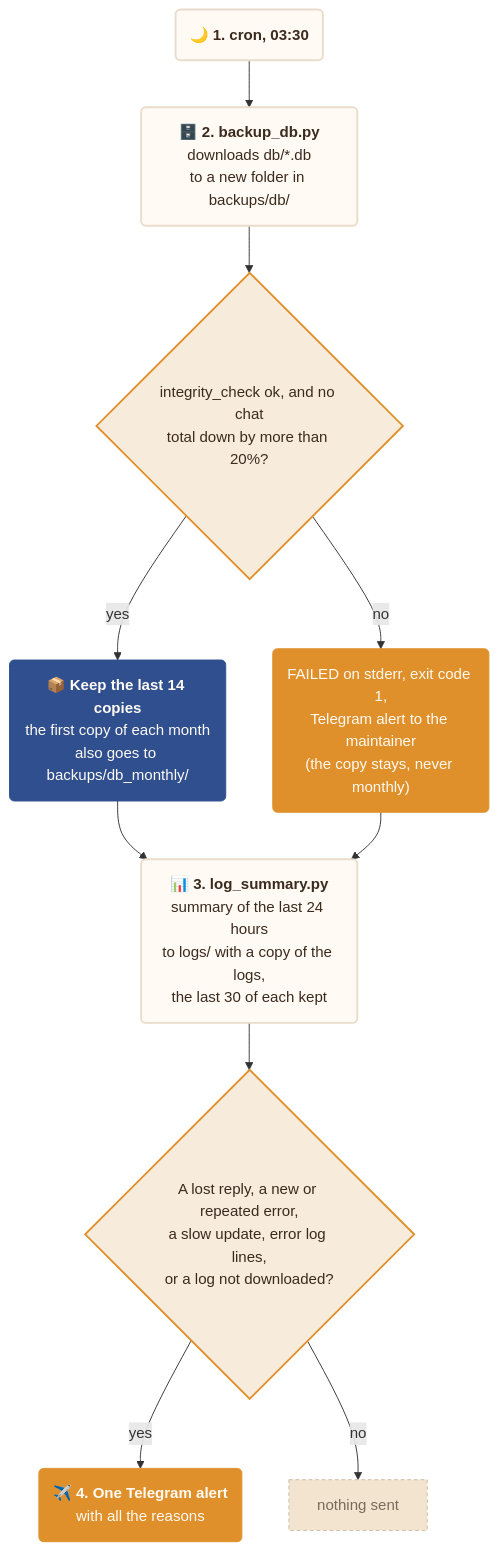
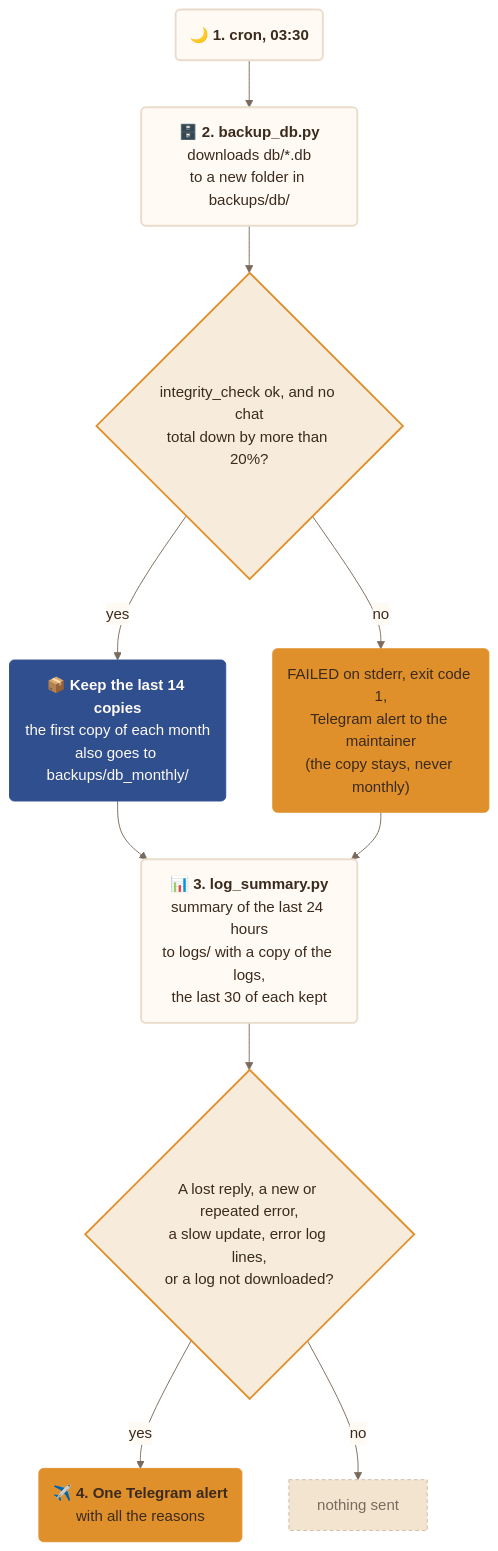
Before and after one commit to francescoperrino/Caccometro: the second of 2 diagrams in docs/operations.md, drawn with Mermaid. The commit also changed other lines of this file and 14 other files, not shown here.

Commit message:
Give every Mermaid diagram one style from tools/mermaid_style.py, with a title and a description (#204)

````diff
--- a/docs/operations.md
+++ b/docs/operations.md
@@ -55,30 +86,61 @@
 ```mermaid
+---
+config:
+  theme: base
+  themeVariables:
+    fontFamily: "Nunito, Segoe UI, Roboto, sans-serif"
+    primaryColor: "#fffaf3"
+    primaryTextColor: "#3b2a1e"
+    primaryBorderColor: "#eadccb"
+    secondaryColor: "#f7ecdc"
+    tertiaryColor: "#f3e4d0"
+    lineColor: "#7a6a5c"
+    textColor: "#3b2a1e"
+    edgeLabelBackground: "#fffaf3"
+    clusterBkg: "#f3e4d0"
+    clusterBorder: "#cbbca9"
+    titleColor: "#5c4f42"
+    noteBkgColor: "#f7ecdc"
+    noteTextColor: "#3b2a1e"
+    actorBkg: "#fffaf3"
+    actorBorder: "#5c4f42"
+    actorTextColor: "#3b2a1e"
+    signalColor: "#7a6a5c"
+    signalTextColor: "#3b2a1e"
+    labelBoxBkgColor: "#f3e4d0"
+    loopTextColor: "#3b2a1e"
+    sequenceNumberColor: "#fffaf3"
+    xyChart:
+      plotColorPalette: "#2f4f8f"
+---
 flowchart TD
+    accTitle: Nightly backup and log summary
+    accDescr: At 03,30 the databases are downloaded and checked, old copies are dropped, the logs are summarised and problems are sent on Telegram
     cron("🌙 <b>1. cron, 03:30</b>")
     download("🗄️ <b>2. backup_db.py</b><br/>downloads db/*.db<br/>to a new folder in backups/db/")
     healthy{"integrity_check ok, and no chat<br/>total down by more than 20%?"}
     keep("📦 <b>Keep the last 14 copies</b><br/>the first copy of each month<br/>also goes to backups/db_monthly/")
     failed("FAILED on stderr, exit code 1,<br/>Telegram alert to the maintainer<br/>(the copy stays, never monthly)")
     summary("📊 <b>3. log_summary.py</b><br/>summary of the last 24 hours<br/>to logs/ with a copy of the logs,<br/>the last 30 of each kept")
     wrong{"A lost reply, a new or repeated error,<br/>a slow update, error log lines,<br/>or a log not downloaded?"}
     alert("✈️ <b>4. One Telegram alert</b><br/>with all the reasons")
     quiet["nothing sent"]
     cron --> download --> healthy
     healthy -->|"yes"| keep --> summary
     healthy -->|"no"| failed --> summary
     summary --> wrong
     wrong -->|"yes"| alert
     wrong -->|"no"| quiet
     classDef step fill:#fffaf3,stroke:#eadccb,stroke-width:2px,color:#3b2a1e
     classDef main fill:#2f4f8f,stroke:#2f4f8f,color:#fffaf3
     classDef person fill:#5c4f42,stroke:#5c4f42,color:#fffaf3
     classDef check fill:#f7ecdc,stroke:#e0902b,stroke-width:2px,color:#3b2a1e
     classDef detail fill:#f7ecdc,stroke:#eadccb,color:#3b2a1e
-    classDef alert fill:#e0902b,stroke:#e0902b,color:#fffaf3
+    classDef alert fill:#e0902b,stroke:#e0902b,color:#3b2a1e
     classDef stop fill:#f3e4d0,stroke:#cbbca9,stroke-dasharray:4 3,color:#7a6a5c
     class cron,download,summary step
     class keep main
     class healthy,wrong check
     class failed,alert alert
     class quiet stop
 ```
````
